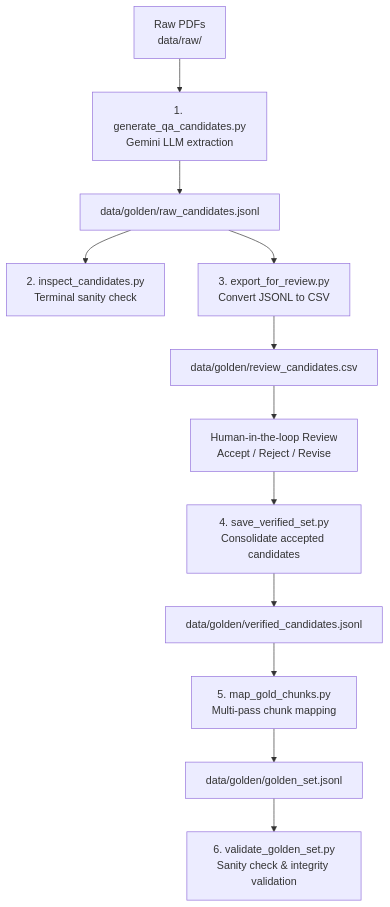
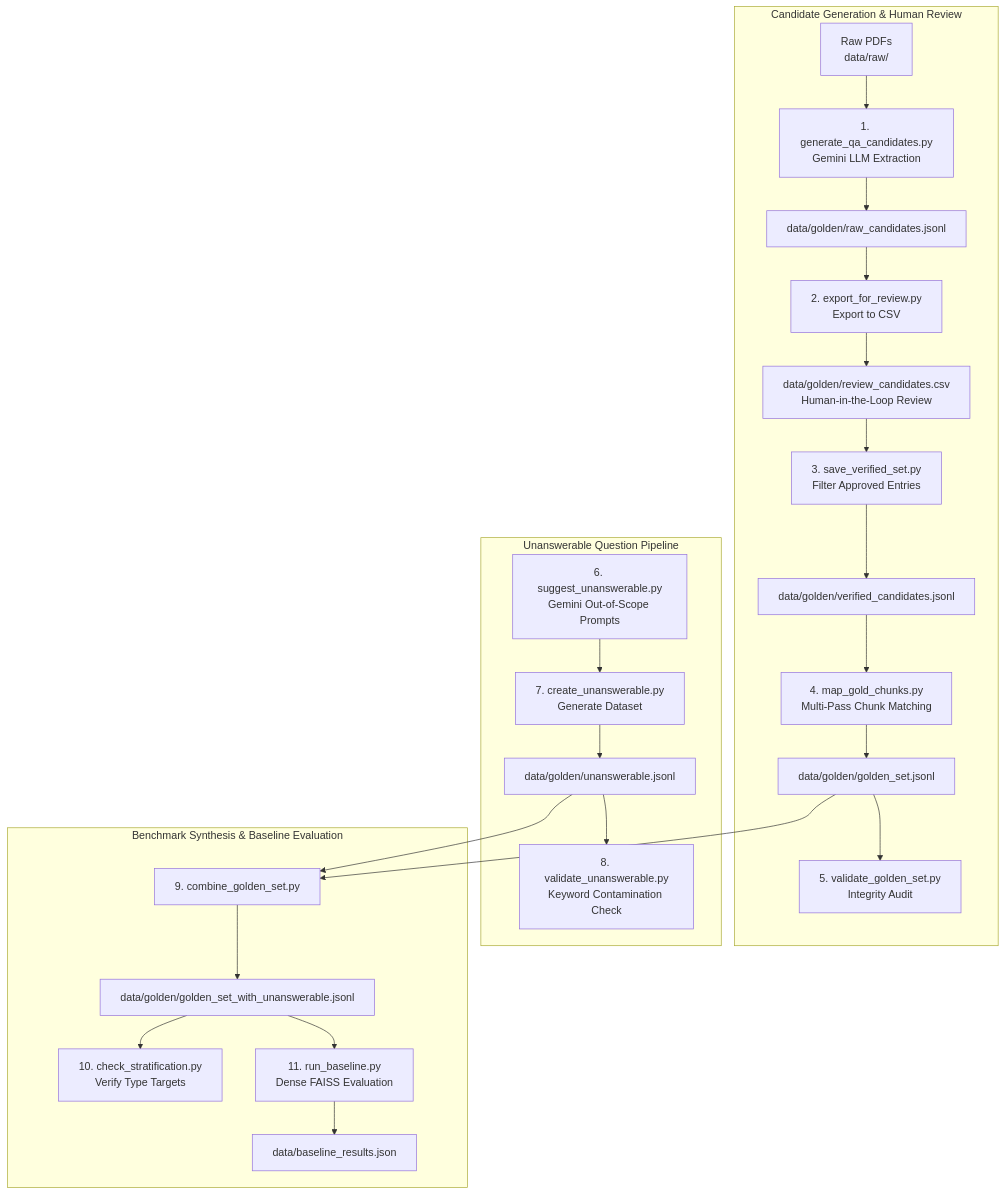
The diagram in window/architecture/PHASE2_ARCHITECTURE.md (partyushsharma/GroundedAI), drawn with Mermaid before and after one commit. The commit also changed other lines of this file and 9 other files, not shown here.

````diff
--- a/window/architecture/PHASE2_ARCHITECTURE.md
+++ b/window/architecture/PHASE2_ARCHITECTURE.md
@@ -11,14 +11,29 @@
 ```mermaid
 flowchart TD
-    A["Raw PDFs<br/>data/raw/"] --> B["1. generate_qa_candidates.py<br/>Gemini LLM extraction"]
-    B --> C["data/golden/raw_candidates.jsonl"]
-    C --> D["2. inspect_candidates.py<br/>Terminal sanity check"]
-    C --> E["3. export_for_review.py<br/>Convert JSONL to CSV"]
-    E --> F["data/golden/review_candidates.csv"]
-    F --> G["Human-in-the-loop Review<br/>Accept / Reject / Revise"]
-    G --> H["4. save_verified_set.py<br/>Consolidate accepted candidates"]
-    H --> I["data/golden/verified_candidates.jsonl"]
-    I --> J["5. map_gold_chunks.py<br/>Multi-pass chunk mapping"]
-    J --> K["data/golden/golden_set.jsonl"]
-    K --> L["6. validate_golden_set.py<br/>Sanity check & integrity validation"]
+    subgraph Candidate Generation & Human Review
+        A["Raw PDFs<br/>data/raw/"] --> B["1. generate_qa_candidates.py<br/>Gemini LLM Extraction"]
+        B --> C["data/golden/raw_candidates.jsonl"]
+        C --> D["2. export_for_review.py<br/>Export to CSV"]
+        D --> E["data/golden/review_candidates.csv<br/>Human-in-the-Loop Review"]
+        E --> F["3. save_verified_set.py<br/>Filter Approved Entries"]
+        F --> G["data/golden/verified_candidates.jsonl"]
+        G --> H["4. map_gold_chunks.py<br/>Multi-Pass Chunk Matching"]
+        H --> I["data/golden/golden_set.jsonl"]
+        I --> J["5. validate_golden_set.py<br/>Integrity Audit"]
+    end
+
+    subgraph Unanswerable Question Pipeline
+        K["6. suggest_unanswerable.py<br/>Gemini Out-of-Scope Prompts"] --> L["7. create_unanswerable.py<br/>Generate Dataset"]
+        L --> M["data/golden/unanswerable.jsonl"]
+        M --> N["8. validate_unanswerable.py<br/>Keyword Contamination Check"]
+    end
+
+    subgraph Benchmark Synthesis & Baseline Evaluation
+        I --> O["9. combine_golden_set.py"]
+        M --> O
+        O --> P["data/golden/golden_set_with_unanswerable.jsonl"]
+        P --> Q["10. check_stratification.py<br/>Verify Type Targets"]
+        P --> R["11. run_baseline.py<br/>Dense FAISS Evaluation"]
+        R --> S["data/baseline_results.json"]
+    end
 ```
````
